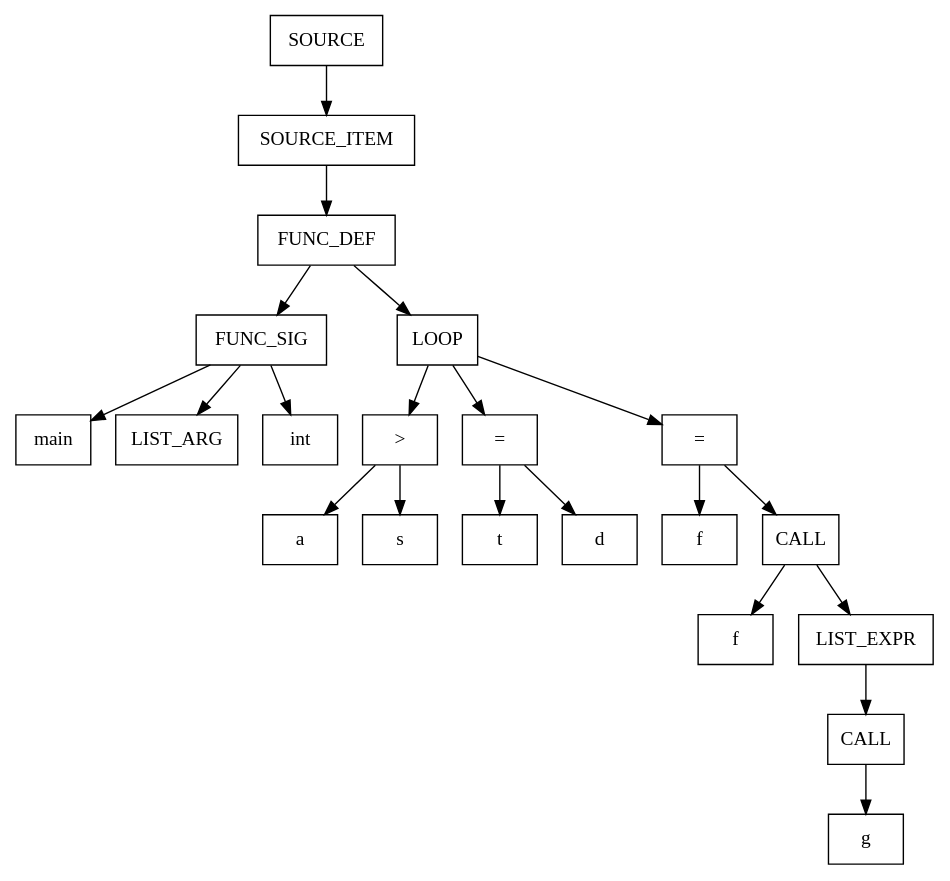
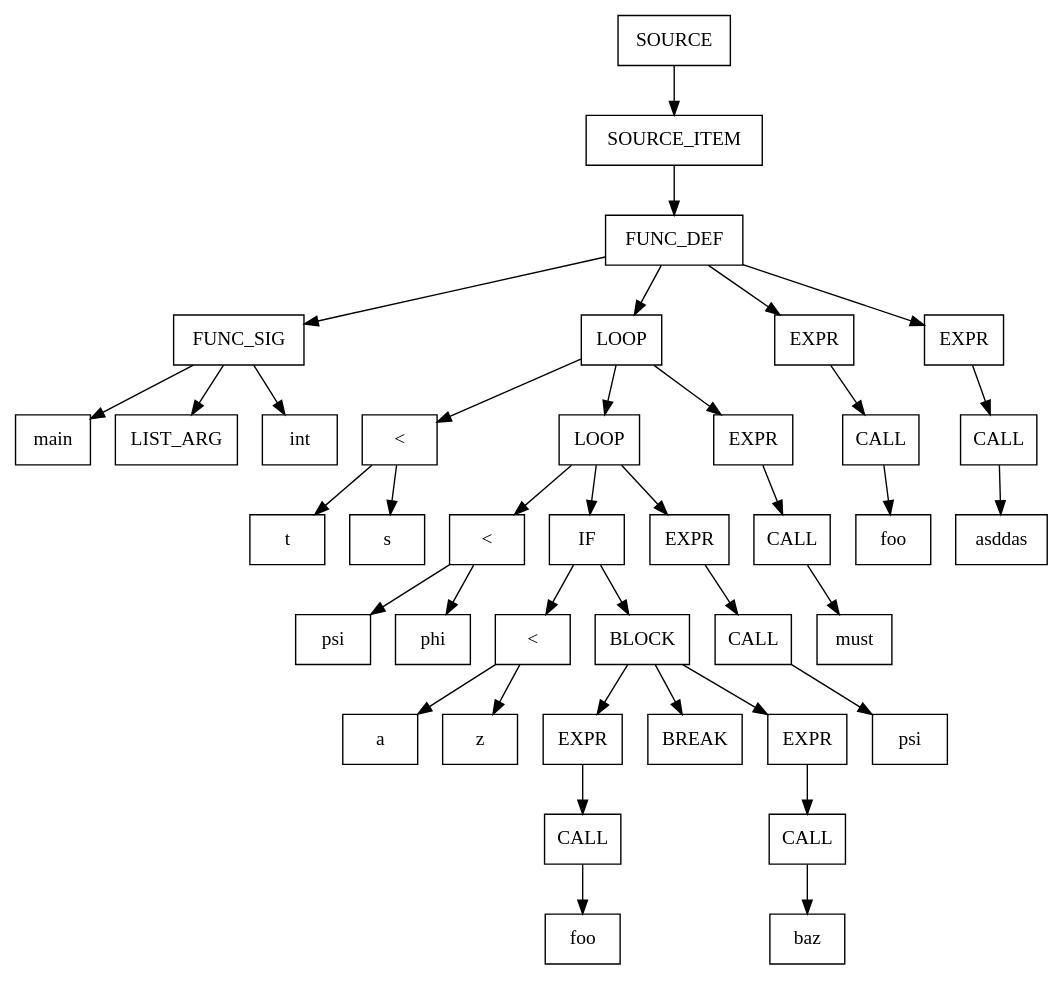
Before and after one commit to popov-p/itmo-spo-2024: the diagram in Lab-2/src/tree.dot, drawn with Graphviz. The commit also changed 15 other files, not shown here.

```diff
--- a/Lab-2/src/tree.dot
+++ b/Lab-2/src/tree.dot
@@ -1,44 +1,80 @@
 digraph AST {
     node [shape=box];
-    cluster_0_node4276772424 [label="SOURCE"];
-    cluster_0_node4276772112 [label="SOURCE_ITEM"];
-    cluster_0_node4276767120 [label="FUNC_DEF"];
-    cluster_0_node4276753392 [label="FUNC_SIG"];
-    cluster_0_node4276752768 [label="main"];
-    cluster_0_node4276753080 [label="LIST_ARG"];
-    cluster_0_node4276754016 [label="int"];
-    cluster_0_node4276771800 [label="LOOP"];
-    cluster_0_node4276755576 [label=">"];
-    cluster_0_node4276755888 [label="a"];
-    cluster_0_node4276756512 [label="s"];
-    cluster_0_node4276759008 [label="="];
-    cluster_0_node4276758384 [label="t"];
-    cluster_0_node4276759320 [label="d"];
-    cluster_0_node4276771488 [label="="];
-    cluster_0_node4276768368 [label="f"];
-    cluster_0_node4276771176 [label="CALL"];
-    cluster_0_node4276769304 [label="f"];
-    cluster_0_node4276770864 [label="LIST_EXPR"];
-    cluster_0_node4276770552 [label="CALL"];
-    cluster_0_node4276770240 [label="g"];
-    cluster_0_node4276772424 -> cluster_0_node4276772112;
-    cluster_0_node4276772112 -> cluster_0_node4276767120;
-    cluster_0_node4276767120 -> cluster_0_node4276753392;
-    cluster_0_node4276753392 -> cluster_0_node4276752768;
-    cluster_0_node4276753392 -> cluster_0_node4276753080;
-    cluster_0_node4276753392 -> cluster_0_node4276754016;
-    cluster_0_node4276767120 -> cluster_0_node4276771800;
-    cluster_0_node4276771800 -> cluster_0_node4276755576;
-    cluster_0_node4276755576 -> cluster_0_node4276755888;
-    cluster_0_node4276755576 -> cluster_0_node4276756512;
-    cluster_0_node4276771800 -> cluster_0_node4276759008;
-    cluster_0_node4276759008 -> cluster_0_node4276758384;
-    cluster_0_node4276759008 -> cluster_0_node4276759320;
-    cluster_0_node4276771800 -> cluster_0_node4276771488;
-    cluster_0_node4276771488 -> cluster_0_node4276768368;
-    cluster_0_node4276771488 -> cluster_0_node4276771176;
-    cluster_0_node4276771176 -> cluster_0_node4276769304;
-    cluster_0_node4276771176 -> cluster_0_node4276770864;
-    cluster_0_node4276770864 -> cluster_0_node4276770552;
-    cluster_0_node4276770552 -> cluster_0_node4276770240;
+    cluster_0_node175883200 [label="SOURCE"];
+    cluster_0_node175882888 [label="SOURCE_ITEM"];
+    cluster_0_node175881016 [label="FUNC_DEF"];
+    cluster_0_node175846384 [label="FUNC_SIG"];
+    cluster_0_node175845760 [label="main"];
+    cluster_0_node175846072 [label="LIST_ARG"];
+    cluster_0_node175847008 [label="int"];
+    cluster_0_node175875400 [label="LOOP"];
+    cluster_0_node175848568 [label="<"];
+    cluster_0_node175848880 [label="t"];
+    cluster_0_node175849504 [label="s"];
+    cluster_0_node175872592 [label="LOOP"];
+    cluster_0_node175850440 [label="<"];
+    cluster_0_node175850752 [label="psi"];
+    cluster_0_node175851376 [label="phi"];
+    cluster_0_node175869472 [label="IF"];
+    cluster_0_node175852312 [label="<"];
+    cluster_0_node175852624 [label="a"];
+    cluster_0_node175853248 [label="z"];
+    cluster_0_node175871344 [label="BLOCK"];
+    cluster_0_node175867912 [label="EXPR"];
+    cluster_0_node175867600 [label="CALL"];
+    cluster_0_node175867288 [label="foo"];
+    cluster_0_node175868224 [label="BREAK"];
+    cluster_0_node175871032 [label="EXPR"];
+    cluster_0_node175870720 [label="CALL"];
+    cluster_0_node175870408 [label="baz"];
+    cluster_0_node175874152 [label="EXPR"];
+    cluster_0_node175873840 [label="CALL"];
+    cluster_0_node175873528 [label="psi"];
+    cluster_0_node175876960 [label="EXPR"];
+    cluster_0_node175876648 [label="CALL"];
+    cluster_0_node175876336 [label="must"];
+    cluster_0_node175879768 [label="EXPR"];
+    cluster_0_node175879456 [label="CALL"];
+    cluster_0_node175879144 [label="foo"];
+    cluster_0_node175882576 [label="EXPR"];
+    cluster_0_node175882264 [label="CALL"];
+    cluster_0_node175881952 [label="asddas"];
+    cluster_0_node175883200 -> cluster_0_node175882888;
+    cluster_0_node175882888 -> cluster_0_node175881016;
+    cluster_0_node175881016 -> cluster_0_node175846384;
+    cluster_0_node175846384 -> cluster_0_node175845760;
+    cluster_0_node175846384 -> cluster_0_node175846072;
+    cluster_0_node175846384 -> cluster_0_node175847008;
+    cluster_0_node175881016 -> cluster_0_node175875400;
+    cluster_0_node175875400 -> cluster_0_node175848568;
+    cluster_0_node175848568 -> cluster_0_node175848880;
+    cluster_0_node175848568 -> cluster_0_node175849504;
+    cluster_0_node175875400 -> cluster_0_node175872592;
+    cluster_0_node175872592 -> cluster_0_node175850440;
+    cluster_0_node175850440 -> cluster_0_node175850752;
+    cluster_0_node175850440 -> cluster_0_node175851376;
+    cluster_0_node175872592 -> cluster_0_node175869472;
+    cluster_0_node175869472 -> cluster_0_node175852312;
+    cluster_0_node175852312 -> cluster_0_node175852624;
+    cluster_0_node175852312 -> cluster_0_node175853248;
+    cluster_0_node175869472 -> cluster_0_node175871344;
+    cluster_0_node175871344 -> cluster_0_node175867912;
+    cluster_0_node175867912 -> cluster_0_node175867600;
+    cluster_0_node175867600 -> cluster_0_node175867288;
+    cluster_0_node175871344 -> cluster_0_node175868224;
+    cluster_0_node175871344 -> cluster_0_node175871032;
+    cluster_0_node175871032 -> cluster_0_node175870720;
+    cluster_0_node175870720 -> cluster_0_node175870408;
+    cluster_0_node175872592 -> cluster_0_node175874152;
+    cluster_0_node175874152 -> cluster_0_node175873840;
+    cluster_0_node175873840 -> cluster_0_node175873528;
+    cluster_0_node175875400 -> cluster_0_node175876960;
+    cluster_0_node175876960 -> cluster_0_node175876648;
+    cluster_0_node175876648 -> cluster_0_node175876336;
+    cluster_0_node175881016 -> cluster_0_node175879768;
+    cluster_0_node175879768 -> cluster_0_node175879456;
+    cluster_0_node175879456 -> cluster_0_node175879144;
+    cluster_0_node175881016 -> cluster_0_node175882576;
+    cluster_0_node175882576 -> cluster_0_node175882264;
+    cluster_0_node175882264 -> cluster_0_node175881952;
 }
```
